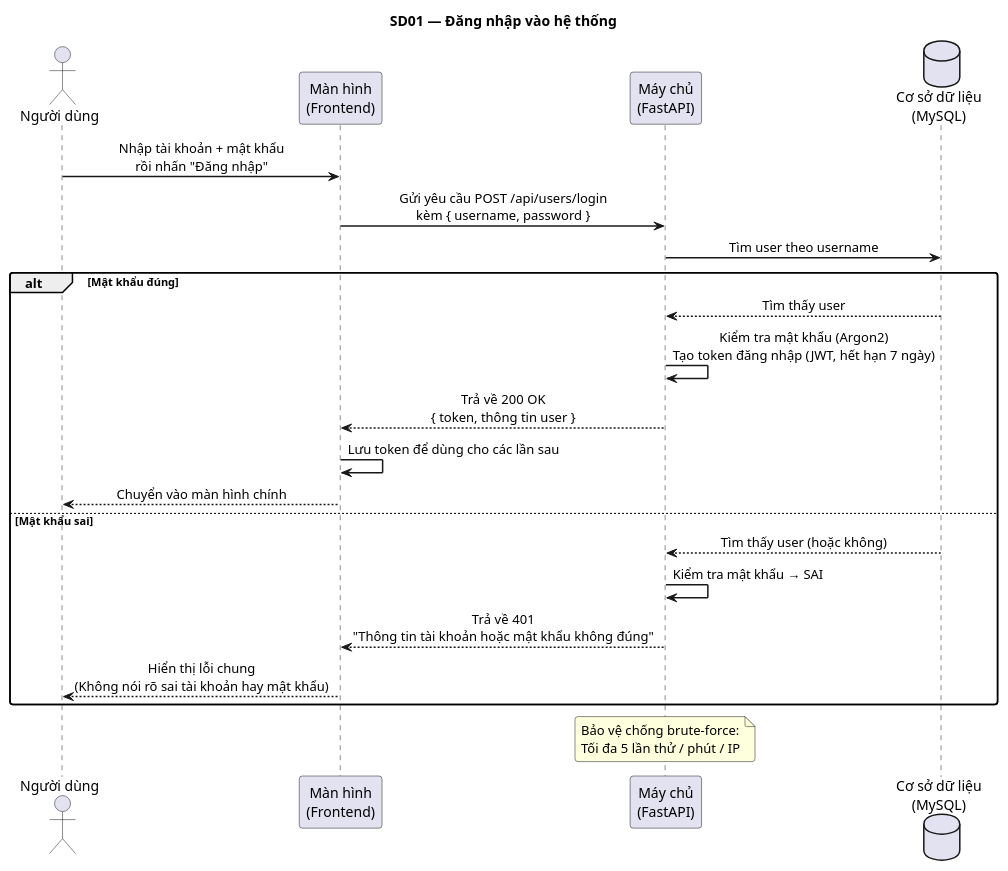
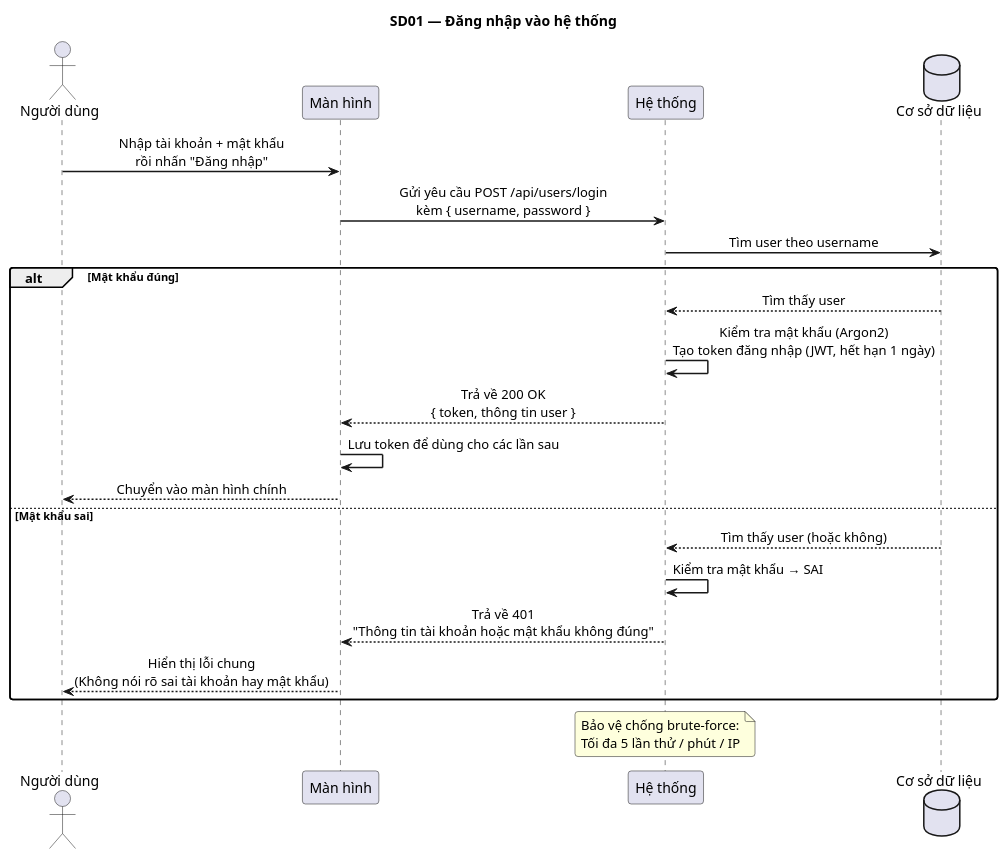
One commit to giangmichy/Do_an changed the first of 6 diagrams in 3SOC_Sequence_Diagrams_QA.puml. Above: the diagram before and after it, drawn with PlantUML. The commit also changed other lines of this file and 11 other files, not shown here.

```diff
--- a/3SOC_Sequence_Diagrams_QA.puml
+++ b/3SOC_Sequence_Diagrams_QA.puml
@@ -11,37 +11,37 @@
 @startuml SD01_DangNhap
 title SD01 — Đăng nhập vào hệ thống
 
 skinparam sequenceMessageAlign center
 skinparam ParticipantPadding 20
 skinparam BoxPadding 10
 skinparam sequenceArrowThickness 1.5
 skinparam roundcorner 6
 
 actor       "Người dùng"  as User
-participant "Màn hình\n(Frontend)"  as FE
-participant "Máy chủ\n(FastAPI)"    as BE
-database    "Cơ sở dữ liệu\n(MySQL)" as DB
+participant "Màn hình"  as FE
+participant "Hệ thống"    as BE
+database    "Cơ sở dữ liệu" as DB
 
 User -> FE : Nhập tài khoản + mật khẩu\nrồi nhấn "Đăng nhập"
 FE -> BE : Gửi yêu cầu POST /api/users/login\nkèm { username, password }
 BE -> DB : Tìm user theo username
 
 alt Mật khẩu đúng
     DB --> BE : Tìm thấy user
-    BE -> BE : Kiểm tra mật khẩu (Argon2)\nTạo token đăng nhập (JWT, hết hạn 7 ngày)
+    BE -> BE : Kiểm tra mật khẩu (Argon2)\nTạo token đăng nhập (JWT, hết hạn 1 ngày)
     BE --> FE : Trả về 200 OK\n{ token, thông tin user }
     FE -> FE : Lưu token để dùng cho các lần sau
     FE --> User : Chuyển vào màn hình chính
 else Mật khẩu sai
     DB --> BE : Tìm thấy user (hoặc không)
     BE -> BE : Kiểm tra mật khẩu → SAI
     BE --> FE : Trả về 401\n"Thông tin tài khoản hoặc mật khẩu không đúng"
     FE --> User : Hiển thị lỗi chung\n(Không nói rõ sai tài khoản hay mật khẩu)
 end
 
 note over BE
   Bảo vệ chống brute-force:
   Tối đa 5 lần thử / phút / IP
 end note
 
 @enduml
```
